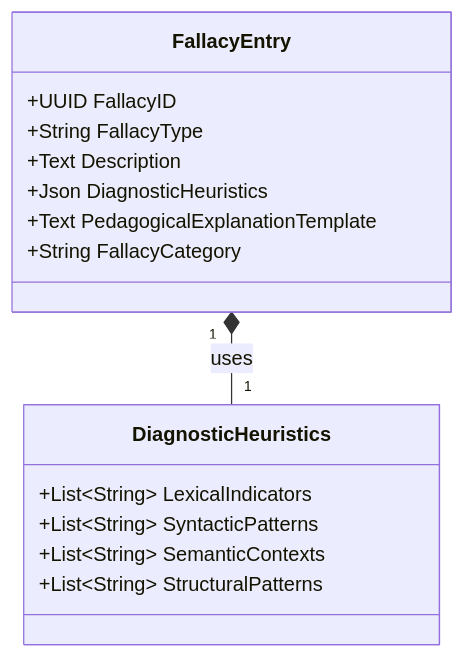
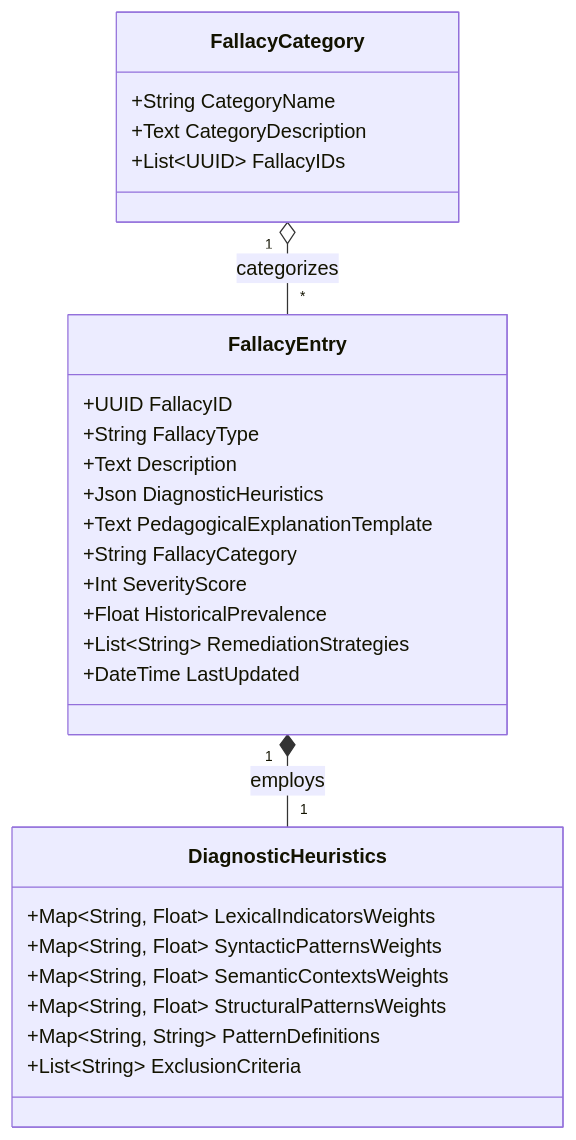
One commit to diplomat-bit/Citibank_Demo_Business_Inc_Demonstration- changed the third of 9 diagrams in inventions/018_ai_debate_adversary/fallacy_ontology_spec.md. Above: the diagram before and after it, drawn with Mermaid. The commit also changed other lines of this file, not shown here.

Commit message:
[AI] Edit: inventions/018_ai_debate_adversary/fallacy_ontology_spec.md

````diff
--- a/inventions/018_ai_debate_adversary/fallacy_ontology_spec.md
+++ b/inventions/018_ai_debate_adversary/fallacy_ontology_spec.md
@@ -158,18 +260,30 @@
 ```mermaid
 classDiagram
     class FallacyEntry {
         +UUID FallacyID
         +String FallacyType
         +Text Description
         +Json DiagnosticHeuristics
         +Text PedagogicalExplanationTemplate
         +String FallacyCategory
+        +Int SeverityScore
+        +Float HistoricalPrevalence
+        +List~String~ RemediationStrategies
+        +DateTime LastUpdated
     }
     class DiagnosticHeuristics {
-        +List~String~ LexicalIndicators
-        +List~String~ SyntacticPatterns
-        +List~String~ SemanticContexts
-        +List~String~ StructuralPatterns
+        +Map~String, Float~ LexicalIndicatorsWeights
+        +Map~String, Float~ SyntacticPatternsWeights
+        +Map~String, Float~ SemanticContextsWeights
+        +Map~String, Float~ StructuralPatternsWeights
+        +Map~String, String~ PatternDefinitions
+        +List~String~ ExclusionCriteria
     }
-    FallacyEntry "1" *-- "1" DiagnosticHeuristics : uses
+    class FallacyCategory {
+        +String CategoryName
+        +Text CategoryDescription
+        +List~UUID~ FallacyIDs
+    }
+    FallacyEntry "1" *-- "1" DiagnosticHeuristics : employs
+    FallacyCategory "1" o-- "*" FallacyEntry : categorizes
 ```
````
